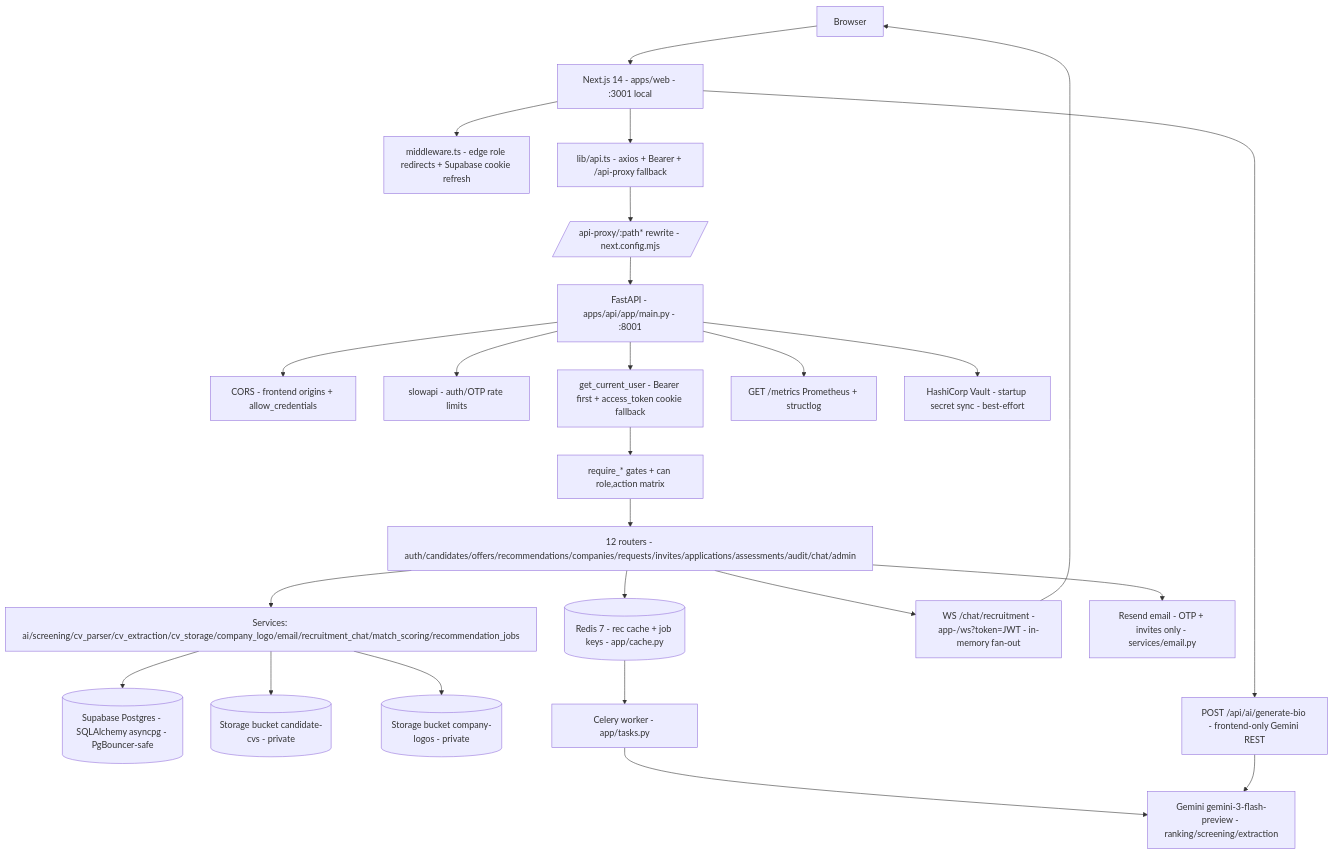
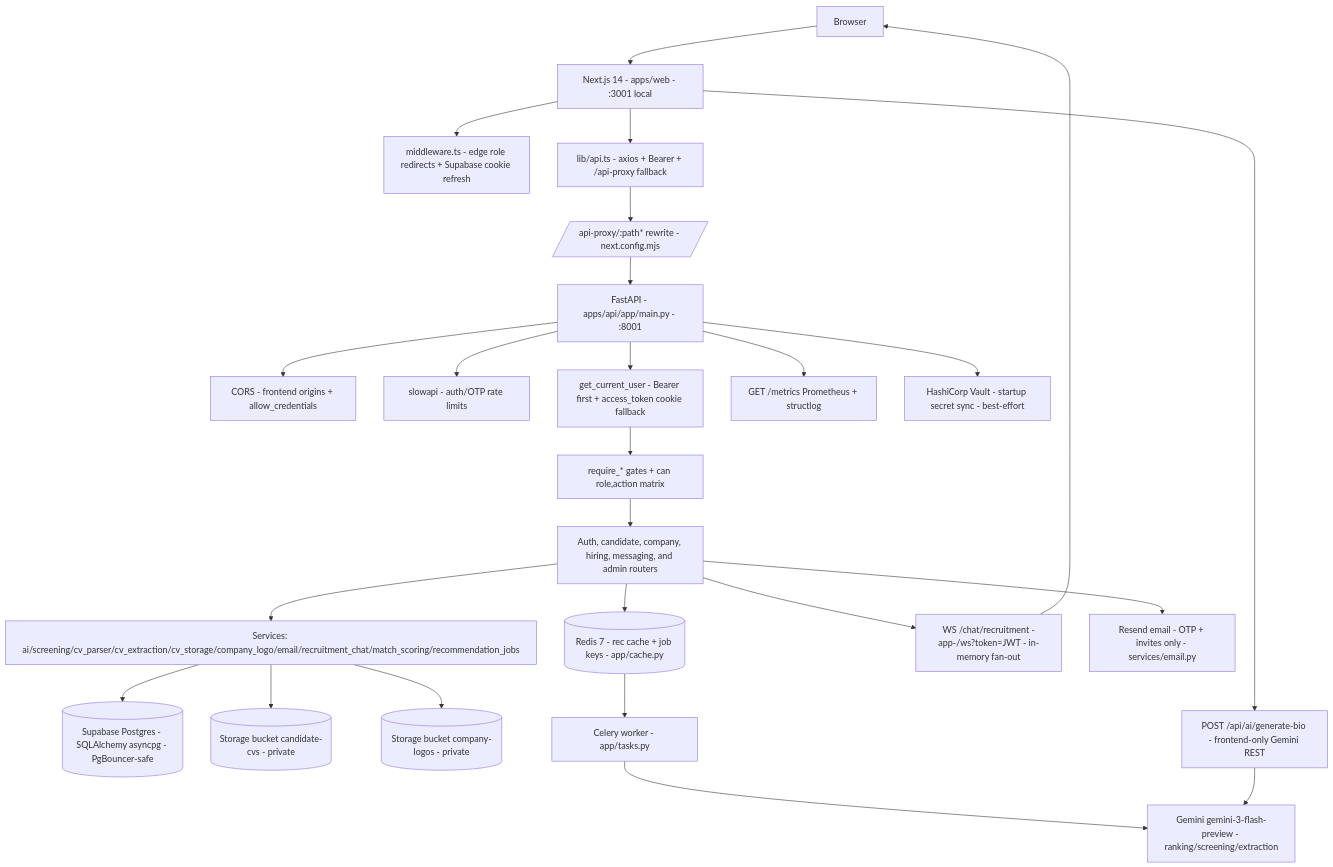
Before and after one commit to aelasefa/coditent: the first of 9 diagrams in README.md, drawn with Mermaid. The commit also changed other lines of this file and 69 other files, not shown here.

````diff
--- a/README.md
+++ b/README.md
@@ -163,27 +163,27 @@
 ```mermaid
 flowchart TD
     Browser[Browser] --> Web[Next.js 14 - apps/web - :3001 local]
     Web --> MW[middleware.ts - edge role redirects + Supabase cookie refresh]
     Web --> APIClient[lib/api.ts - axios + Bearer + /api-proxy fallback]
     APIClient --> ProxyRewrite[/api-proxy/:path* rewrite - next.config.mjs/]
     ProxyRewrite --> API[FastAPI - apps/api/app/main.py - :8001]
     API --> CORS[CORS - frontend origins + allow_credentials]
     API --> RL[slowapi - auth/OTP rate limits]
     API --> AuthZ[get_current_user - Bearer first + access_token cookie fallback]
     AuthZ --> Gates[require_* gates + can role,action matrix]
-    Gates --> Routers[12 routers - auth/candidates/offers/recommendations/companies/requests/invites/applications/assessments/audit/chat/admin]
+    Gates --> Routers[Auth, candidate, company, hiring, messaging, and admin routers]
     Routers --> Services[Services: ai/screening/cv_parser/cv_extraction/cv_storage/company_logo/email/recruitment_chat/match_scoring/recommendation_jobs]
     Services --> PG[(Supabase Postgres - SQLAlchemy asyncpg - PgBouncer-safe)]
     Services --> CVStore[(Storage bucket candidate-cvs - private)]
     Services --> LogoStore[(Storage bucket company-logos - private)]
     Routers --> Redis[(Redis 7 - rec cache + job keys - app/cache.py)]
     Redis --> Worker[Celery worker - app/tasks.py]
     Worker --> Gemini[Gemini gemini-3-flash-preview - ranking/screening/extraction]
     Web --> BioAI[POST /api/ai/generate-bio - frontend-only Gemini REST]
     BioAI --> Gemini
     Routers --> WS[WS /chat/recruitment -app-/ws?token=JWT - in-memory fan-out]
     WS --> Browser
     Routers --> Resend[Resend email - OTP + invites only - services/email.py]
     API --> Metrics[GET /metrics Prometheus + structlog]
     API --> Vault[HashiCorp Vault - startup secret sync - best-effort]
 ```
````
